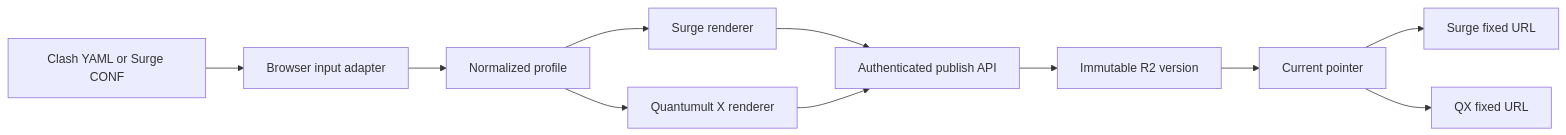
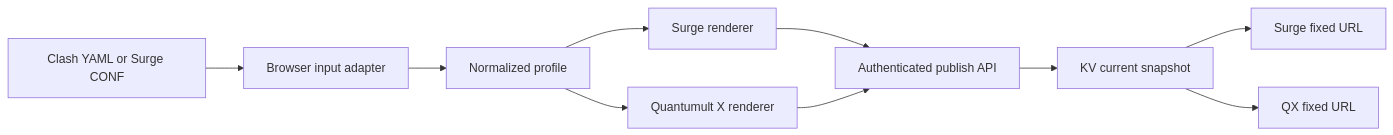
Before and after one commit to niyangup/proxy-profile-service: the diagram in doc/architecture/overview.md, drawn with Mermaid. The commit also changed other lines of this file and 11 other files, not shown here.

````diff
--- a/doc/architecture/overview.md
+++ b/doc/architecture/overview.md
@@ -5,13 +5,12 @@
 ```mermaid
 flowchart LR
   A[Clash YAML or Surge CONF] --> B[Browser input adapter]
   B --> C[Normalized profile]
   C --> D[Surge renderer]
   C --> E[Quantumult X renderer]
   D --> F[Authenticated publish API]
   E --> F
-  F --> G[Immutable R2 version]
-  G --> H[Current pointer]
-  H --> I[Surge fixed URL]
-  H --> J[QX fixed URL]
+  F --> G[KV current snapshot]
+  G --> I[Surge fixed URL]
+  G --> J[QX fixed URL]
 ```
````
